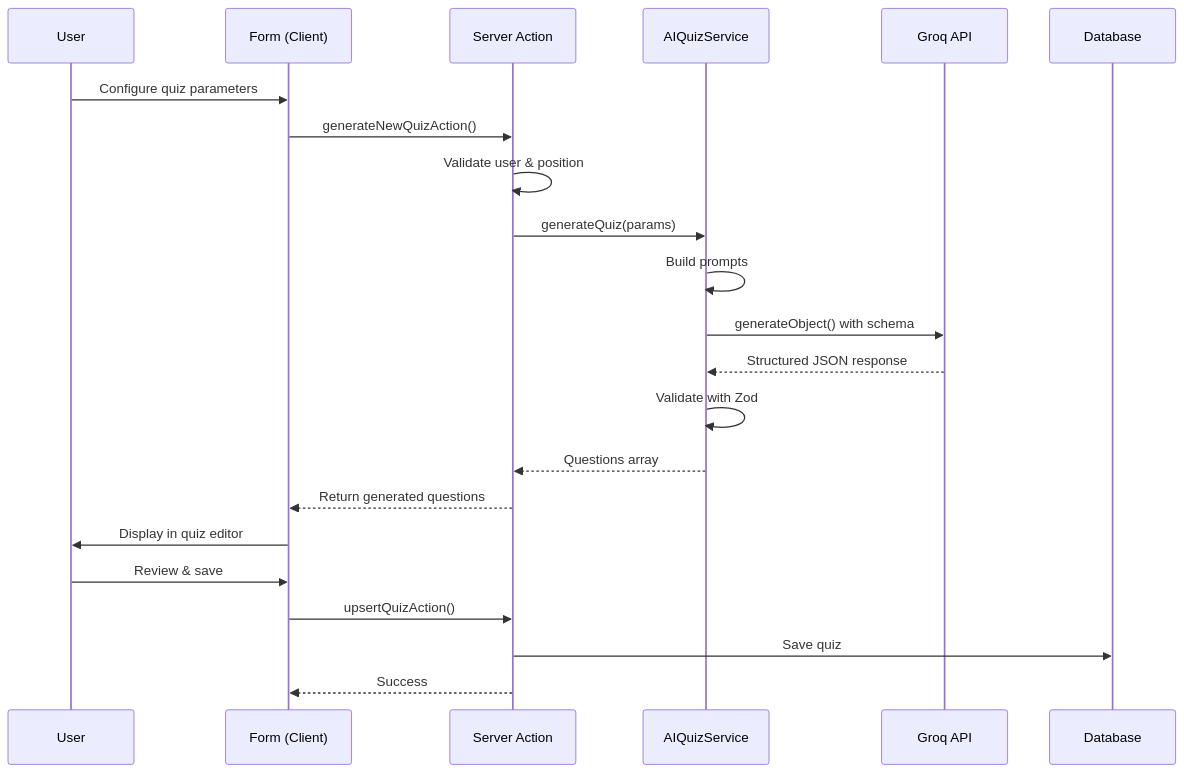
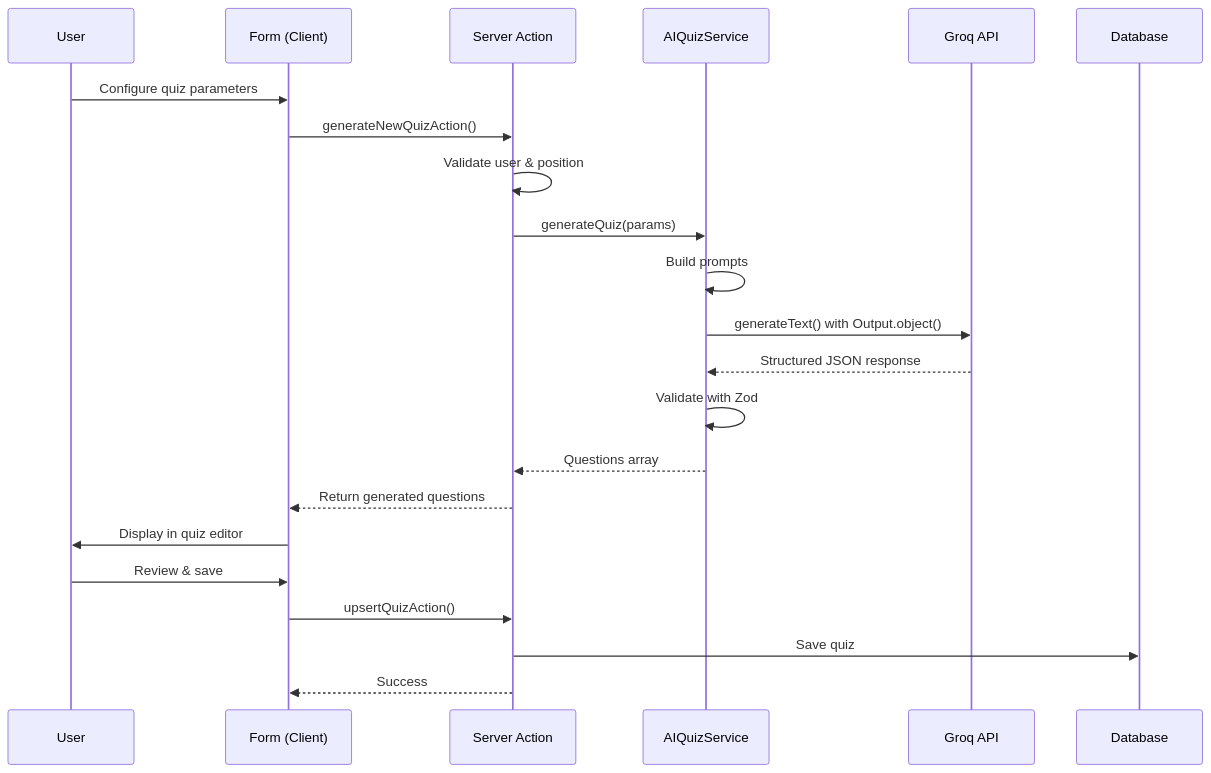
One commit to violabg/dev-recruit changed the second of 2 diagrams in README.md. Above: the diagram before and after it, drawn with Mermaid. The commit also changed 7 other files, not shown here.

Commit message:
refactor: replace generateObject with generateText across the codebase for consistency and clarity

````diff
--- a/README.md
+++ b/README.md
@@ -228,25 +228,25 @@
 ```mermaid
 sequenceDiagram
     participant U as User
     participant F as Form (Client)
     participant A as Server Action
     participant AI as AIQuizService
     participant G as Groq API
     participant DB as Database
 
     U->>F: Configure quiz parameters
     F->>A: generateNewQuizAction()
     A->>A: Validate user & position
     A->>AI: generateQuiz(params)
     AI->>AI: Build prompts
-    AI->>G: generateObject() with schema
+    AI->>G: generateText() with Output.object()
     G-->>AI: Structured JSON response
     AI->>AI: Validate with Zod
     AI-->>A: Questions array
     A-->>F: Return generated questions
     F->>U: Display in quiz editor
     U->>F: Review & save
     F->>A: upsertQuizAction()
     A->>DB: Save quiz
     A-->>F: Success
 ```
````
